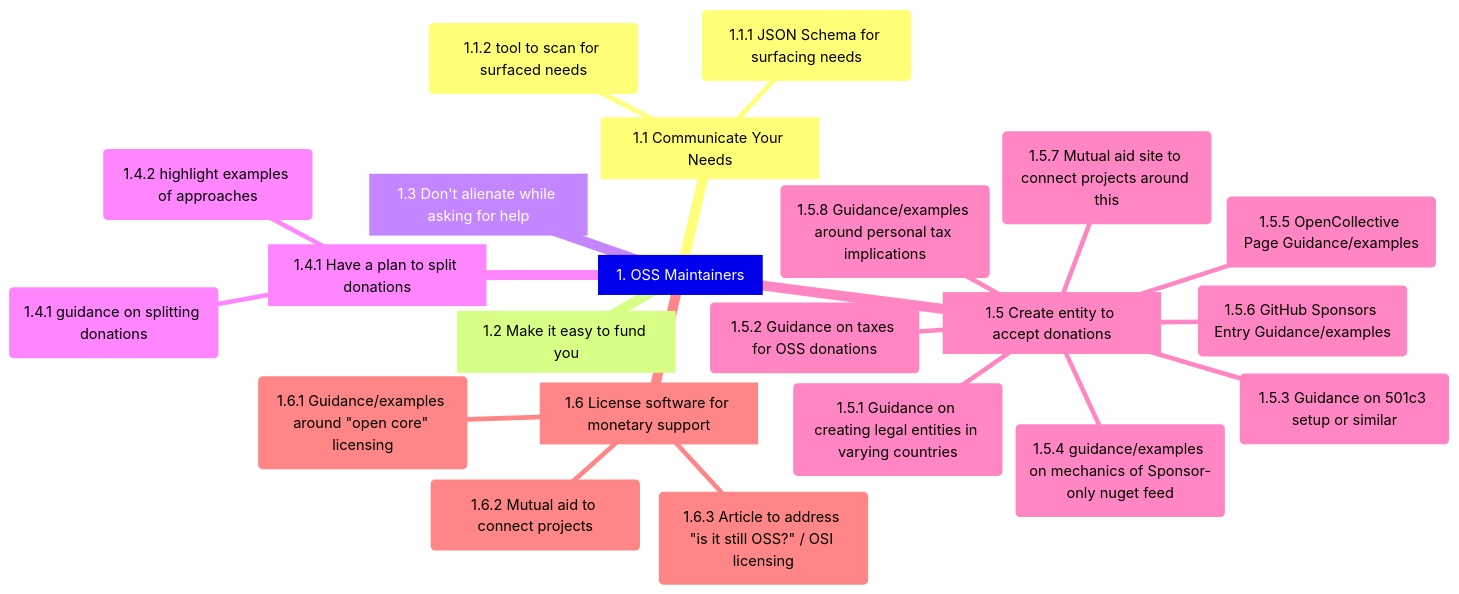
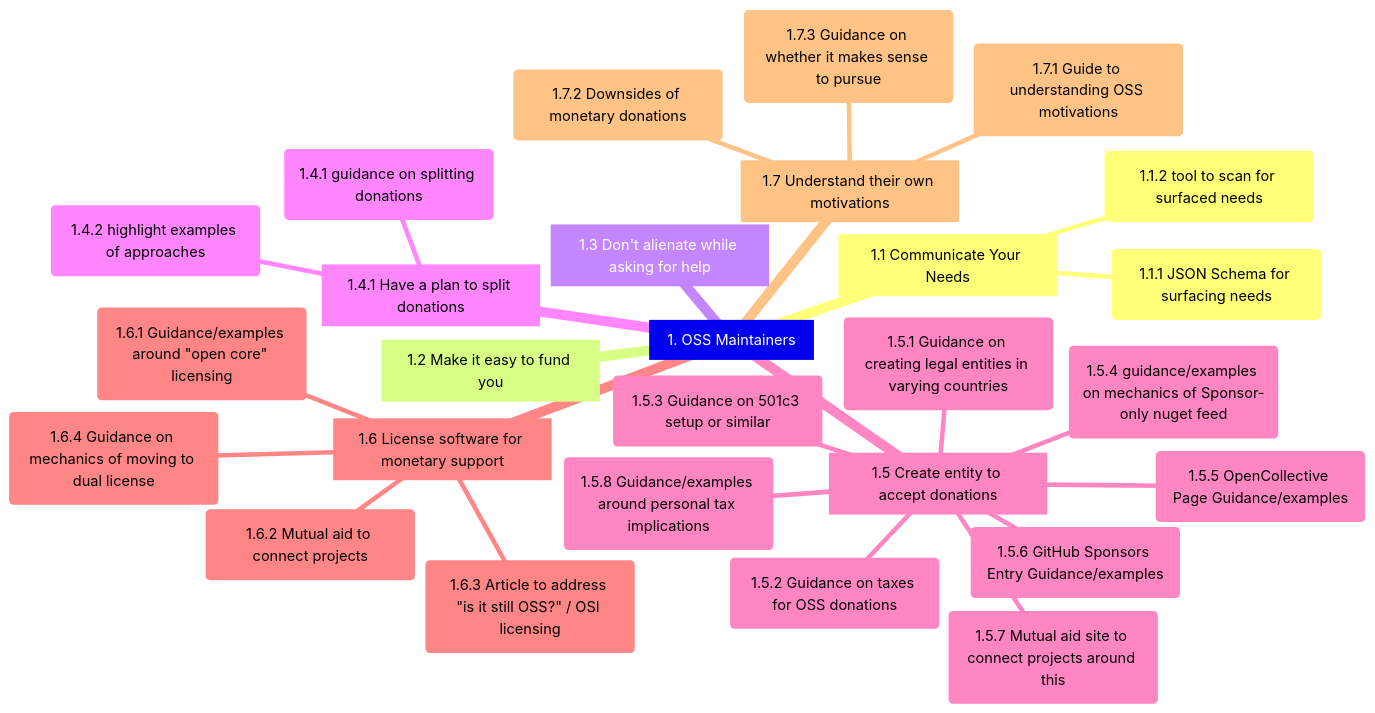
Before and after one commit to AWiderDotNET/home: the first of 8 diagrams in README.md, drawn with Mermaid.

````diff
--- a/README.md
+++ b/README.md
@@ -29,25 +29,30 @@
 ```mermaid
 mindmap
   1[1. OSS Maintainers]
     1.1[1.1 Communicate Your Needs]
       1.1.1(1.1.1 JSON Schema for surfacing needs)
       1.1.2(1.1.2 tool to scan for surfaced needs)
     1.2[1.2 Make it easy to fund you]
     1.3[1.3 Don't alienate while asking for help]
     1.4[1.4.1 Have a plan to split donations]
       1.4.1(1.4.1 guidance on splitting donations)
       1.4.2(1.4.2 highlight examples of approaches)
     1.5[1.5 Create entity to accept donations]
       1.5.1(1.5.1 Guidance on creating legal entities in varying countries)
       1.5.2(1.5.2 Guidance on taxes for OSS donations)
       1.5.3(1.5.3 Guidance on 501c3 setup or similar)
       1.5.4(1.5.4 guidance/examples on mechanics of Sponsor-only nuget feed)
       1.5.5(1.5.5 OpenCollective Page Guidance/examples)
       1.5.6(1.5.6 GitHub Sponsors Entry Guidance/examples)
       1.5.7(1.5.7 Mutual aid site to connect projects around this)
       1.5.8(1.5.8 Guidance/examples around personal tax implications)
     1.6[1.6 License software for monetary support]
       1.6.1(1.6.1 Guidance/examples around "open core" licensing)
       1.6.2(1.6.2 Mutual aid to connect projects)
       1.6.3(1.6.3 Article to address "is it still OSS?" / OSI licensing)
+      1.6.4(1.6.4 Guidance on mechanics of moving to dual license)
+    1.7[1.7 Understand their own motivations]
+      1.7.1(1.7.1 Guide to understanding OSS motivations)
+      1.7.2(1.7.2 Downsides of monetary donations)
+      1.7.3(1.7.3 Guidance on whether it makes sense to pursue)
 ```
````
